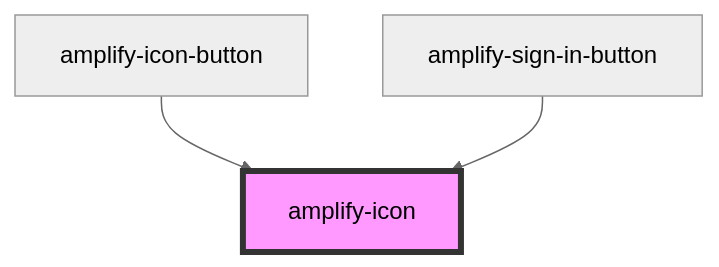
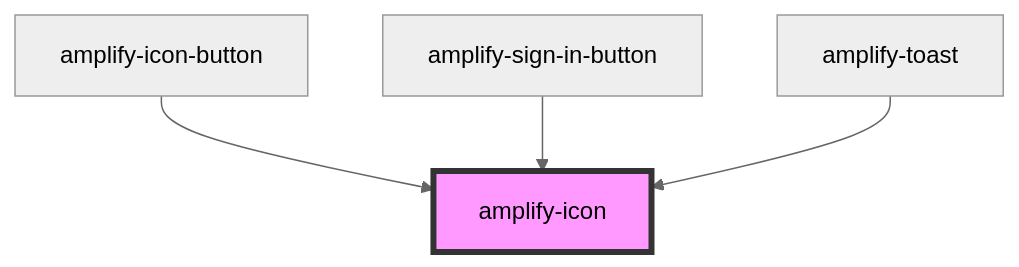
The diagram in packages/amplify-ui-components/src/components/amplify-icon/readme.md (OneDev0411/amplify-js), drawn with Mermaid (neutral theme) before and after one commit. The commit also changed other lines of this file and 12 other files, not shown here.

First line of the commit message:
feat: (@aws-amplify/ui-components) Toast Component (#4596)

````diff
--- a/packages/amplify-ui-components/src/components/amplify-icon/readme.md
+++ b/packages/amplify-ui-components/src/components/amplify-icon/readme.md
@@ -22,6 +23,7 @@
 ```mermaid
 graph TD;
   amplify-icon-button --> amplify-icon
   amplify-sign-in-button --> amplify-icon
+  amplify-toast --> amplify-icon
   style amplify-icon fill:#f9f,stroke:#333,stroke-width:4px
 ```
````
